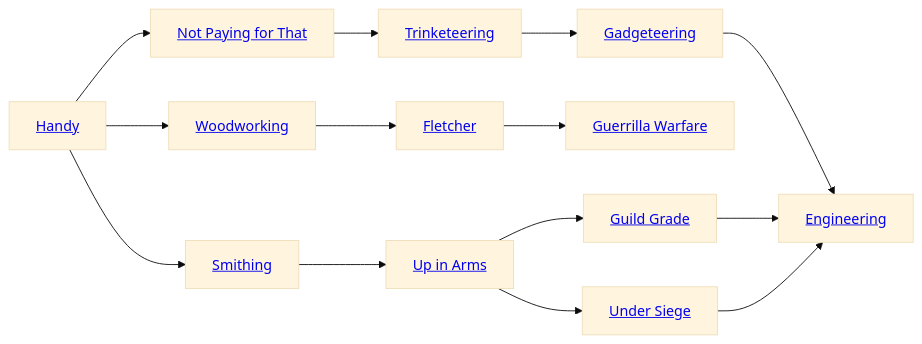
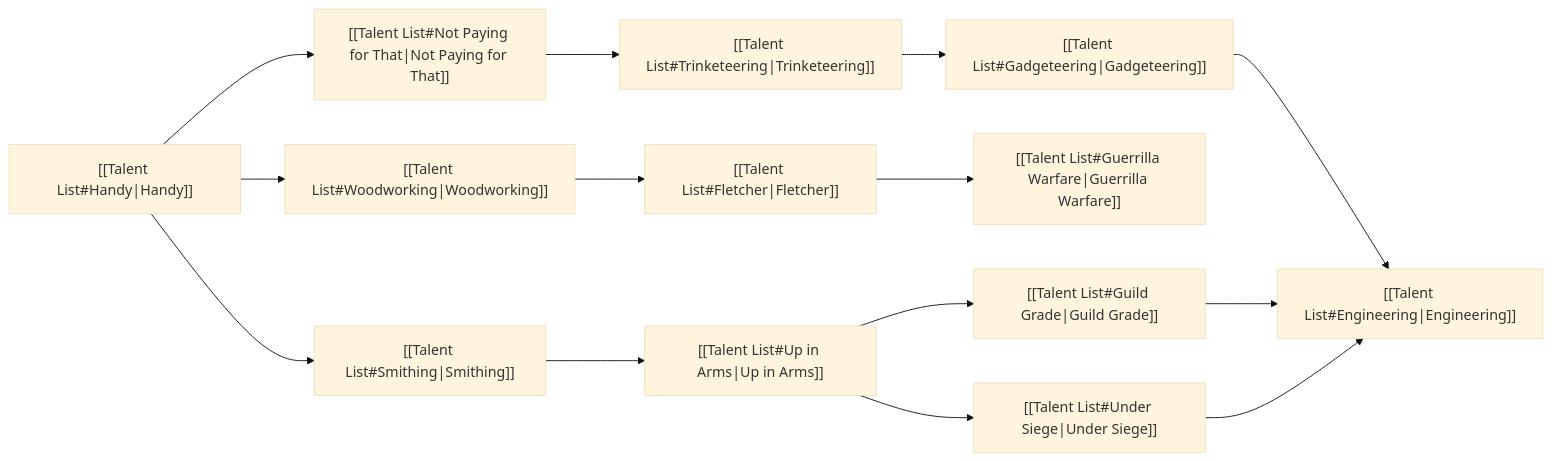
One commit to donutrj/verdigris changed the fourth of 9 diagrams in quartz/content/Characters/Talents/Talent Trees.md. Above: the diagram before and after it, drawn with Mermaid (base theme). The commit also changed other lines of this file, not shown here.

First line of the commit message:
Fix Mermaid diagram links in Talent Trees

````diff
--- a/quartz/content/Characters/Talents/Talent Trees.md
+++ b/quartz/content/Characters/Talents/Talent Trees.md
@@ -105,33 +105,33 @@
 ``` mermaid
 graph LR
 
-A[<a class='internal-link is-unresolved' href='Talent List#Engineering'>Engineering</a>]
-B[<a class='internal-link is-unresolved' href='Talent List#Fletcher'>Fletcher</a>]
-C[<a class='internal-link is-unresolved' href='Talent List#Gadgeteering'>Gadgeteering</a>]
-D[<a class='internal-link is-unresolved' href='Talent List#Guerrilla Warfare'>Guerrilla Warfare</a>]
-E[<a class='internal-link is-unresolved' href='Talent List#Guild Grade'>Guild Grade</a>]
-F[<a class='internal-link is-unresolved' href='Talent List#Handy'>Handy</a>]
-G[<a class='internal-link is-unresolved' href='Talent List#Not Paying for That'>Not Paying for That</a>]
-H[<a class='internal-link is-unresolved' href='Talent List#Smithing'>Smithing</a>]
-I[<a class='internal-link is-unresolved' href='Talent List#Trinketeering'>Trinketeering</a>]
-J[<a class='internal-link is-unresolved' href='Talent List#Woodworking'>Woodworking</a>]
-K[<a class='internal-link is-unresolved' href='Talent List#Under Siege'>Under Siege</a>]
-L[<a class='internal-link is-unresolved' href='Talent List#Up in Arms'>Up in Arms</a>]
+A["[[Talent List#Engineering|Engineering]]"]
+B["[[Talent List#Fletcher|Fletcher]]"]
+C["[[Talent List#Gadgeteering|Gadgeteering]]"]
+D["[[Talent List#Guerrilla Warfare|Guerrilla Warfare]]"]
+E["[[Talent List#Guild Grade|Guild Grade]]"]
+F["[[Talent List#Handy|Handy]]"]
+G["[[Talent List#Not Paying for That|Not Paying for That]]"]
+H["[[Talent List#Smithing|Smithing]]"]
+I["[[Talent List#Trinketeering|Trinketeering]]"]
+J["[[Talent List#Woodworking|Woodworking]]"]
+K["[[Talent List#Under Siege|Under Siege]]"]
+L["[[Talent List#Up in Arms|Up in Arms]]"]
 
 F --> J
 F --> H
 F --> G
 J --> B
 H --> L
 G --> I
 B --> D
 L --> K
 L --> E
 I --> C
 C --> A
 E --> A
 K --> A
 
 
 
 ```
````
